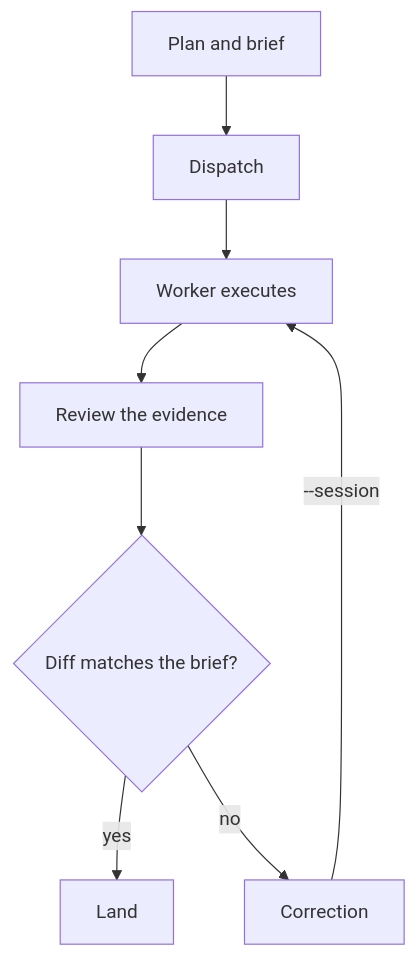
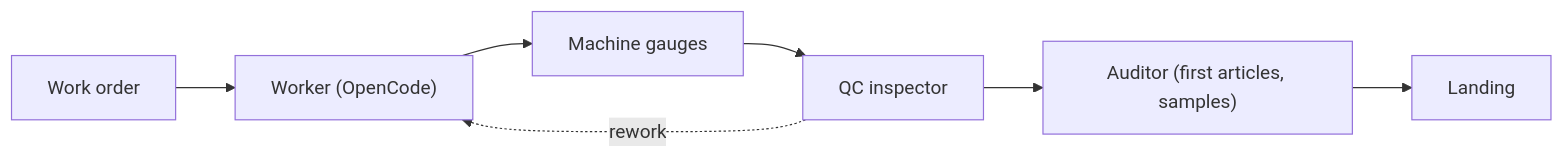
One commit to go2sujeet/flywheel changed the diagram in README.md. Above: the diagram before and after it, drawn with Mermaid. The commit also changed other lines of this file and 6 other files, not shown here.

````diff
--- a/README.md
+++ b/README.md
@@ -71,10 +33,9 @@
 ```mermaid
-flowchart TD
-    A["Plan and brief"] --> B[Dispatch]
-    B --> C["Worker executes"]
-    C --> D["Review the evidence"]
-    D --> E{"Diff matches the brief?"}
-    E -- yes --> F[Land]
-    E -- no --> G[Correction]
-    G -- "--session" --> C
+flowchart LR
+    WO["Work order"] --> W["Worker (OpenCode)"]
+    W --> G["Machine gauges"]
+    G --> I["QC inspector"]
+    I --> A["Auditor (first articles, samples)"]
+    A --> L["Landing"]
+    I -. "rework" .-> W
 ```
````
